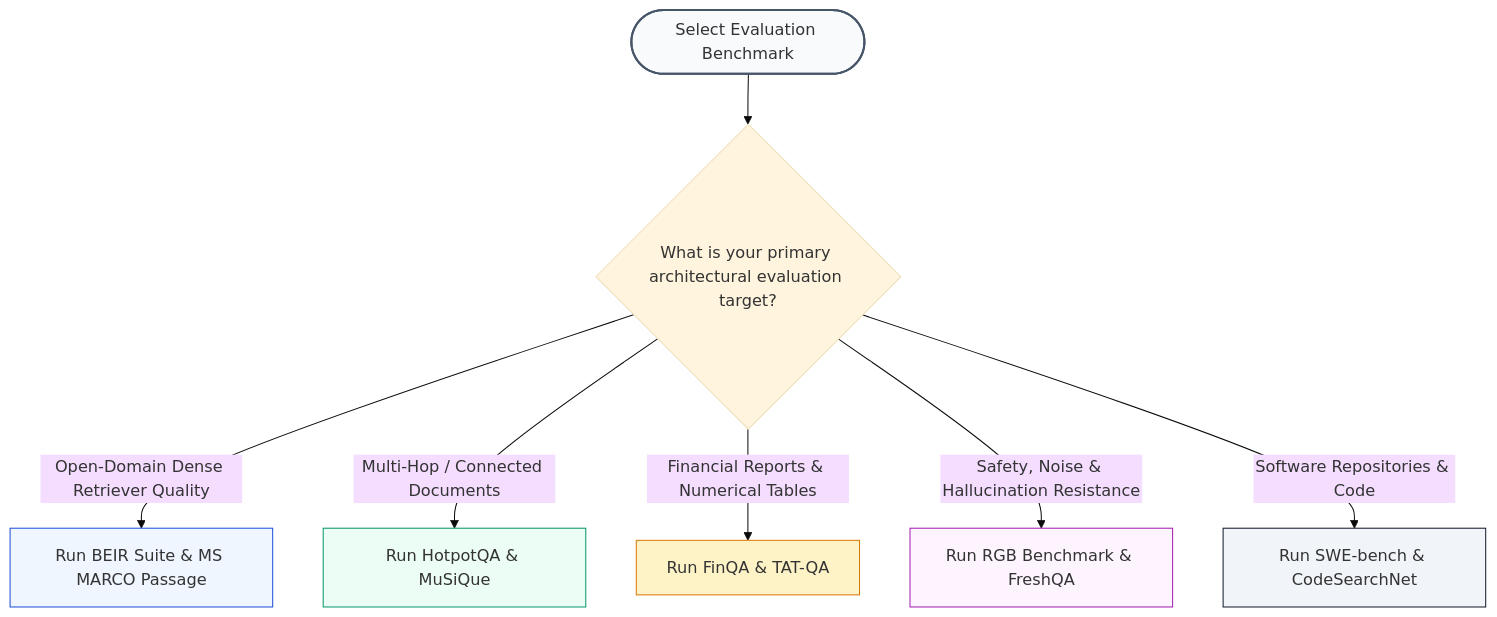
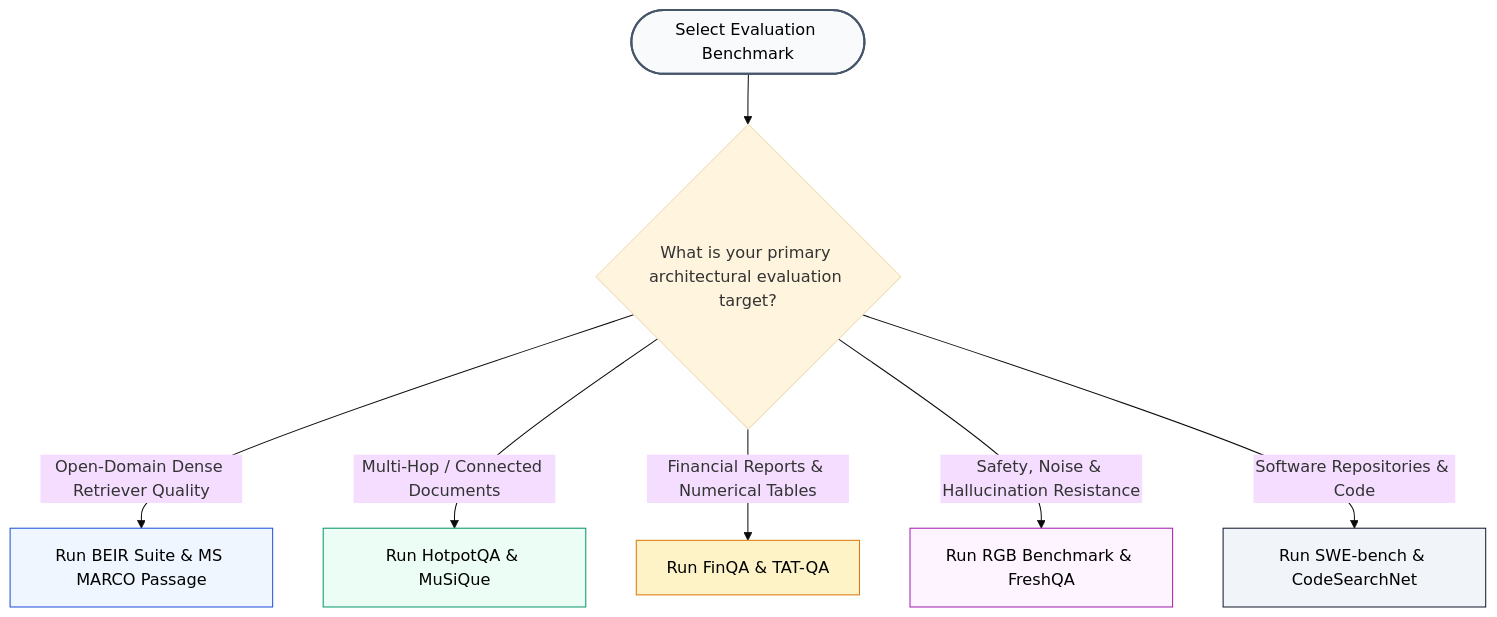
One commit to swapnil3104/RAG-Engineering changed the third of 3 diagrams in 12-Resources/Datasets.md. Above: the diagram before and after it, drawn with Mermaid (base theme). The commit also changed other lines of this file and 108 other files, not shown here.

Commit message:
fix: make chart text visible across all Mermaid diagrams and resolve markdown table formatting issues

````diff
--- a/12-Resources/Datasets.md
+++ b/12-Resources/Datasets.md
@@ -470,17 +470,17 @@
 ```mermaid
 flowchart TD
     Start(["Select Evaluation Benchmark"]) --> Goal{"What is your primary architectural evaluation target?"}
 
     Goal -->|"Open-Domain Dense Retriever Quality"| IR["Run BEIR Suite & MS MARCO Passage"]
     Goal -->|"Multi-Hop / Connected Documents"| MultiHop["Run HotpotQA & MuSiQue"]
     Goal -->|"Financial Reports & Numerical Tables"| Fin["Run FinQA & TAT-QA"]
     Goal -->|"Safety, Noise & Hallucination Resistance"| Safety["Run RGB Benchmark & FreshQA"]
     Goal -->|"Software Repositories & Code"| Code["Run SWE-bench & CodeSearchNet"]
 
-    style Start fill:#f8fafc,stroke:#475569,stroke-width:2px
-    style IR fill:#eff6ff,stroke:#1d4ed8,stroke-width:1px
-    style MultiHop fill:#ecfdf5,stroke:#059669,stroke-width:1px
-    style Fin fill:#fef3c7,stroke:#d97706,stroke-width:1px
-    style Safety fill:#fdf4ff,stroke:#a21caf,stroke-width:1px
-    style Code fill:#f1f5f9,stroke:#0f172a,stroke-width:1px
+    style Start fill:#f8fafc,stroke:#475569,stroke-width:2px,color:#000000
+    style IR fill:#eff6ff,stroke:#1d4ed8,stroke-width:1px,color:#000000
+    style MultiHop fill:#ecfdf5,stroke:#059669,stroke-width:1px,color:#000000
+    style Fin fill:#fef3c7,stroke:#d97706,stroke-width:1px,color:#000000
+    style Safety fill:#fdf4ff,stroke:#a21caf,stroke-width:1px,color:#000000
+    style Code fill:#f1f5f9,stroke:#0f172a,stroke-width:1px,color:#000000
 ```
````
